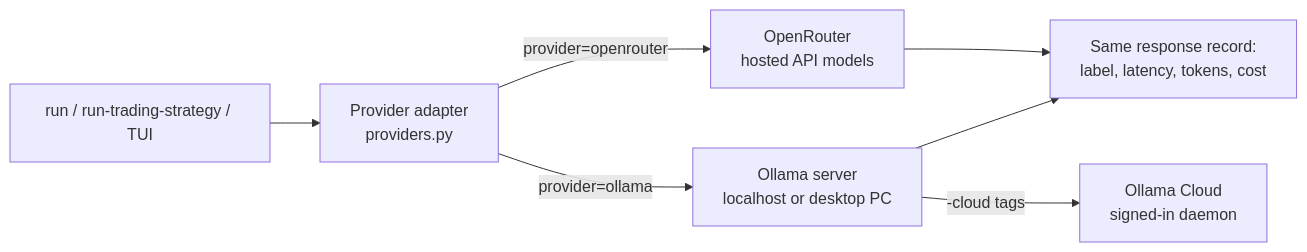
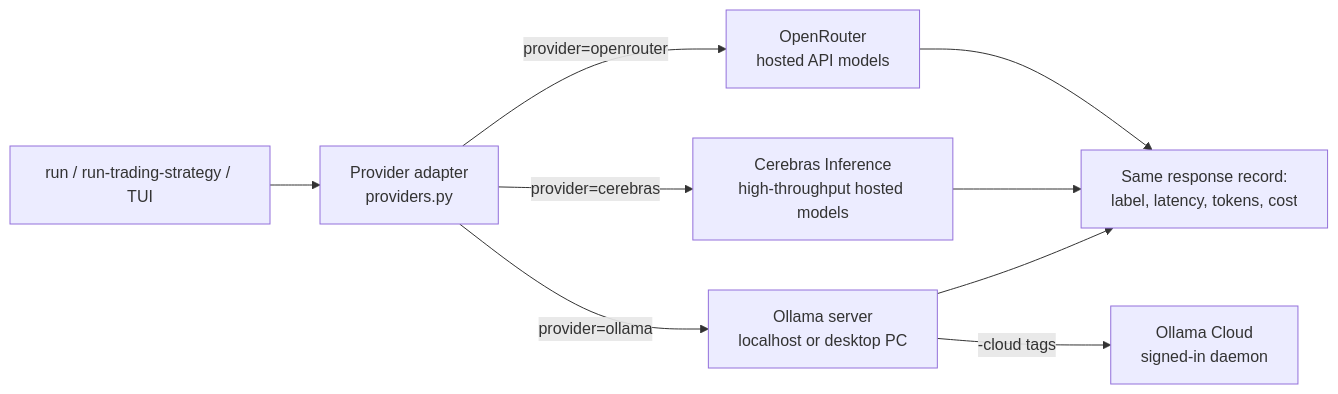
One commit to PeterLP123/Sentiment_Dissertation changed the diagram in docs/model_providers.md. Above: the diagram before and after it, drawn with Mermaid. The commit also changed other lines of this file and 23 other files, not shown here.

First line of the commit message:
feat(providers): add Cerebras Inference adapter with adaptive rate pacing

````diff
--- a/docs/model_providers.md
+++ b/docs/model_providers.md
@@ -5,9 +5,11 @@
 ```mermaid
 flowchart LR
     CMD["run / run-trading-strategy / TUI"] --> P["Provider adapter<br/>providers.py"]
     P -->|"provider=openrouter"| OR["OpenRouter<br/>hosted API models"]
+    P -->|"provider=cerebras"| CB["Cerebras Inference<br/>high-throughput hosted models"]
     P -->|"provider=ollama"| OL["Ollama server<br/>localhost or desktop PC"]
     OL -->|"-cloud tags"| OC["Ollama Cloud<br/>signed-in daemon"]
     OR --> S["Same response record:<br/>label, latency, tokens, cost"]
+    CB --> S
     OL --> S
 ```
````
